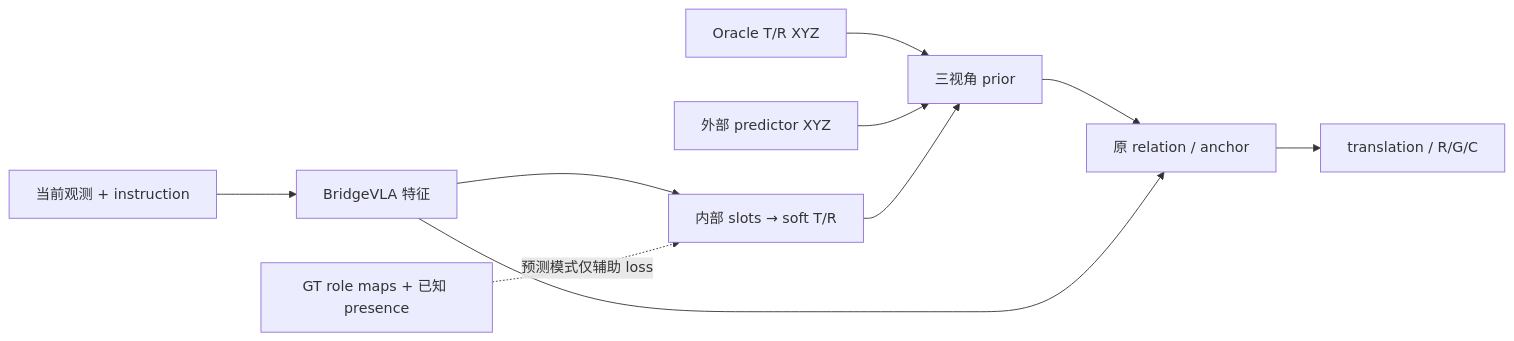
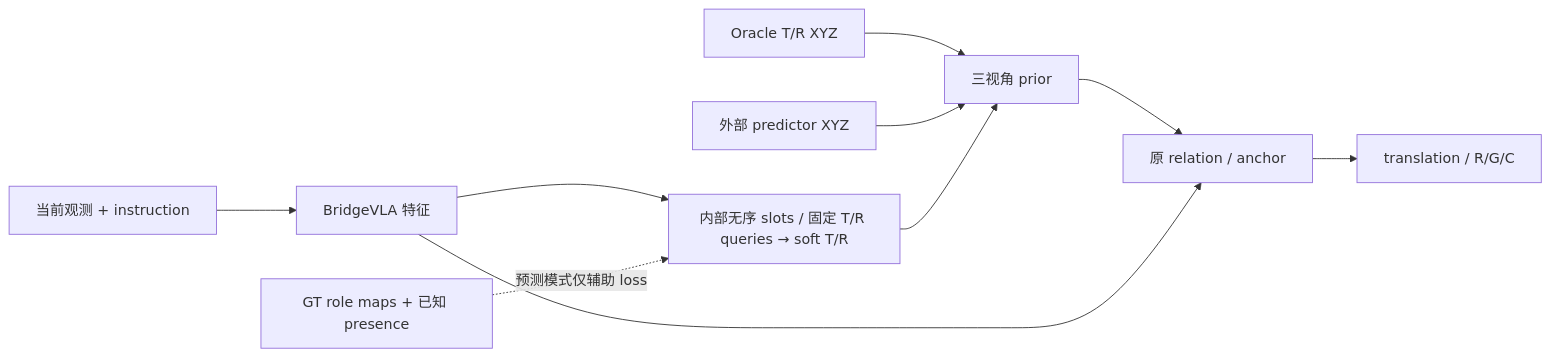
The diagram in docs/guides/object-conditioning.md (YW310/BridgeVLA), drawn with Mermaid before and after one commit. The commit also changed other lines of this file and 4 other files, not shown here.

````diff
--- a/docs/guides/object-conditioning.md
+++ b/docs/guides/object-conditioning.md
@@ -31,12 +32,12 @@
 ```mermaid
 flowchart LR
     O[当前观测 + instruction] --> F[BridgeVLA 特征]
     GT[Oracle T/R XYZ] --> P[三视角 prior]
     EX[外部 predictor XYZ] --> P
-    F --> S[内部 slots → soft T/R]
+    F --> S[内部无序 slots / 固定 T/R queries → soft T/R]
     S --> P
     P --> A[原 relation / anchor]
     F --> A
     A --> H[translation / R/G/C]
     T[GT role maps + 已知 presence] -.预测模式仅辅助 loss.-> S
 ```
````
